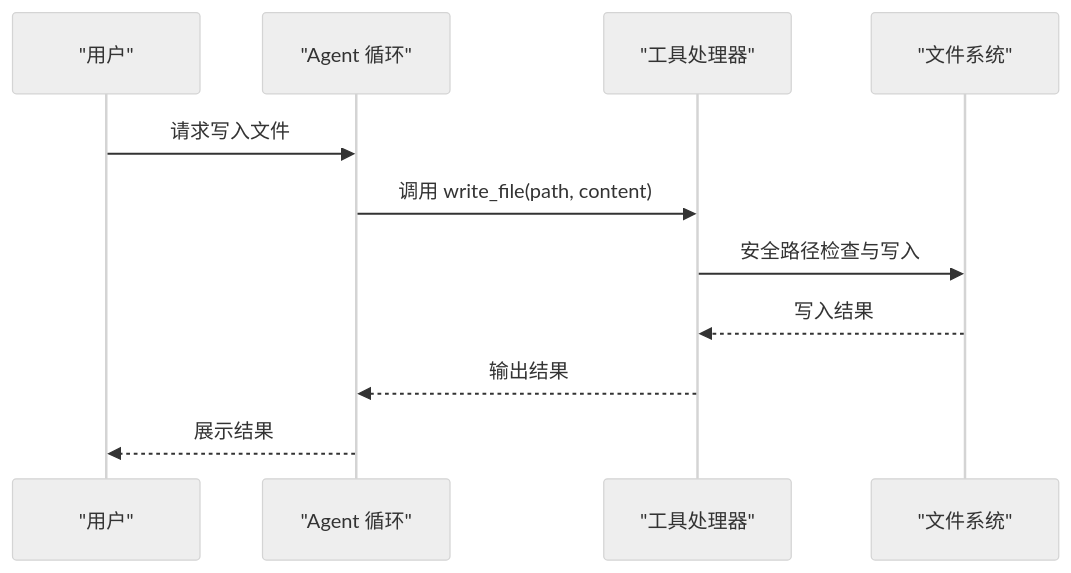
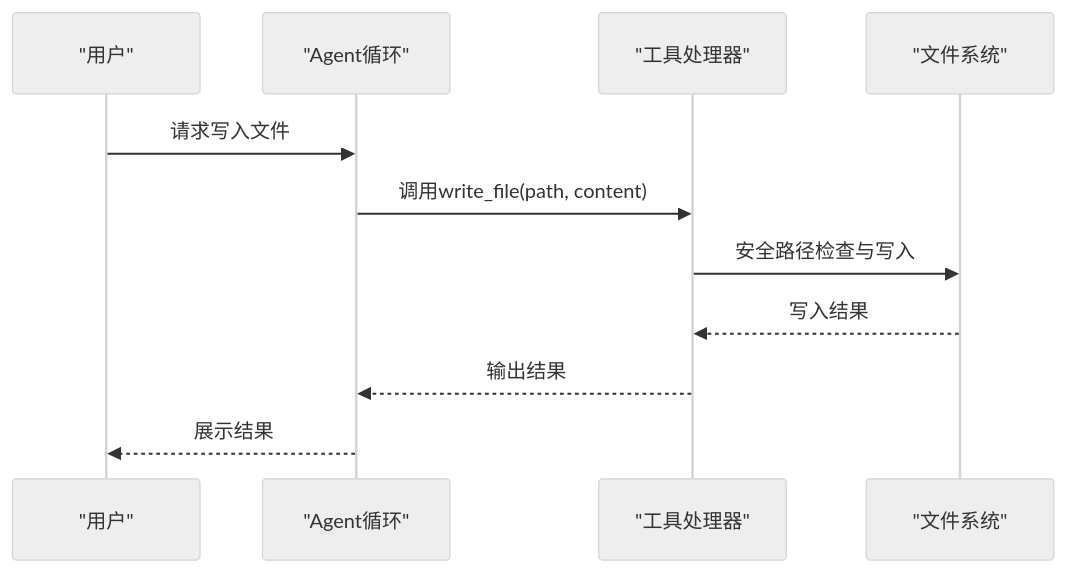
One commit to eurekaYYzero/Mini-Claude-Code changed the fifth of 6 diagrams in .qoder/repowiki/zh/content/渐进式学习教程/阶段三：任务规划管理.md. Above: the diagram before and after it, drawn with Mermaid (neutral theme). The commit also changed other lines of this file and 5 other files, not shown here.

````diff
--- a/.qoder/repowiki/zh/content/渐进式学习教程/阶段三：任务规划管理.md
+++ b/.qoder/repowiki/zh/content/渐进式学习教程/阶段三：任务规划管理.md
@@ -198,13 +249,13 @@
 ```mermaid
 sequenceDiagram
 participant U as "用户"
-participant A as "Agent 循环"
+participant A as "Agent循环"
 participant T as "工具处理器"
 participant FS as "文件系统"
 U->>A : 请求写入文件
-A->>T : 调用 write_file(path, content)
+A->>T : 调用write_file(path, content)
 T->>FS : 安全路径检查与写入
 FS-->>T : 写入结果
 T-->>A : 输出结果
 A-->>U : 展示结果
 ```
````
